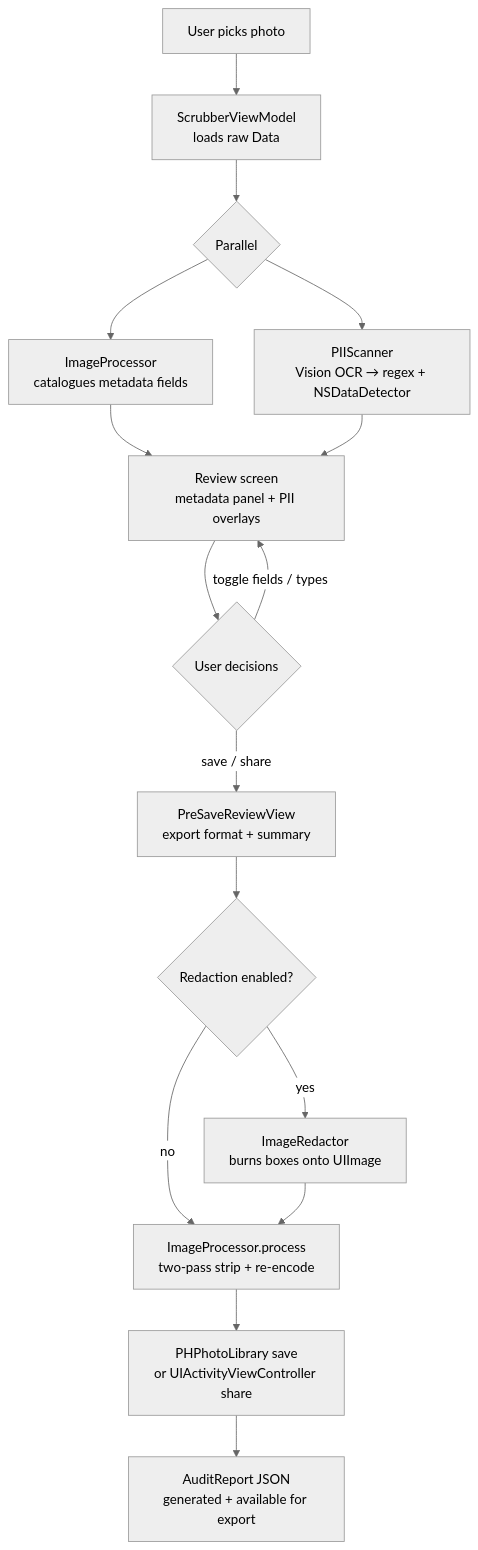
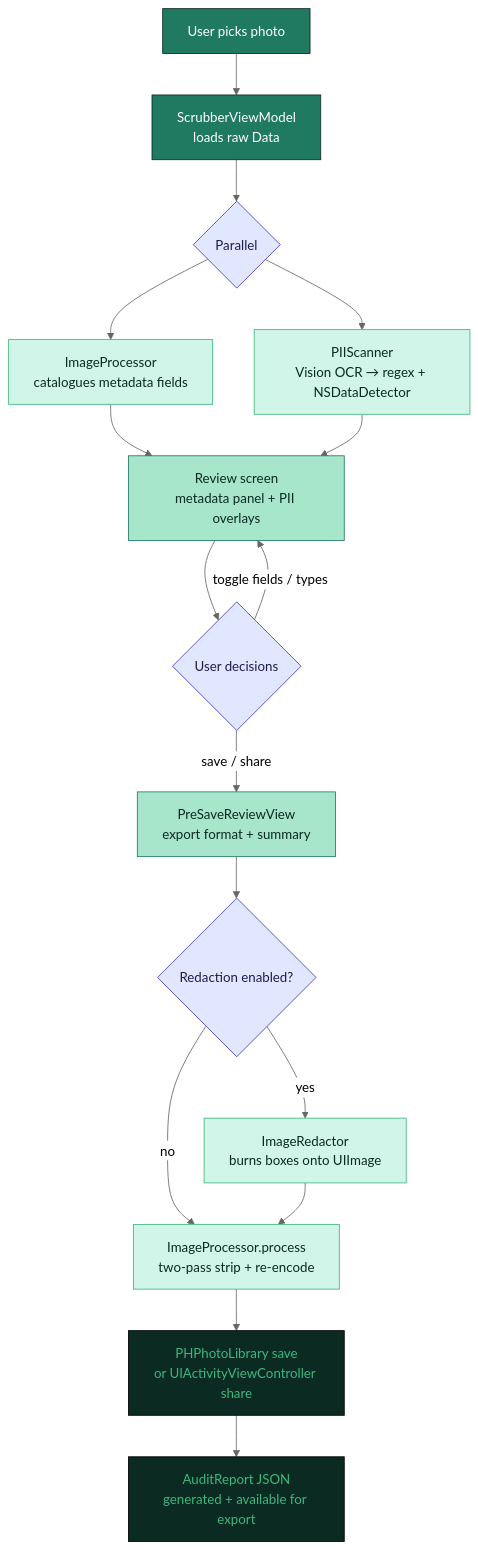
One commit to northcutted/picstrip changed the second of 3 diagrams in README.md. Above: the diagram before and after it, drawn with Mermaid (neutral theme). The commit also changed other lines of this file, not shown here.

Commit message:
docs: apply app brand palette to all Mermaid diagrams

````diff
--- a/README.md
+++ b/README.md
@@ -103,18 +113,30 @@
 ```mermaid
 flowchart TD
     A[User picks photo] --> B[ScrubberViewModel\nloads raw Data]
     B --> C{Parallel}
     C --> D[ImageProcessor\ncatalogues metadata fields]
     C --> E[PIIScanner\nVision OCR → regex + NSDataDetector]
     D --> F[Review screen\nmetadata panel + PII overlays]
     E --> F
     F --> G{User decisions}
     G -->|toggle fields / types| F
     G -->|save / share| H[PreSaveReviewView\nexport format + summary]
     H --> I{Redaction enabled?}
     I -->|yes| J[ImageRedactor\nburns boxes onto UIImage]
     I -->|no| K[ImageProcessor.process\ntwo-pass strip + re-encode]
     J --> K
     K --> L[PHPhotoLibrary save\nor UIActivityViewController share]
     L --> M[AuditReport JSON\ngenerated + available for export]
+
+    classDef input    fill:#1f7a61,stroke:#0a2a22,color:#ffffff
+    classDef process  fill:#d1f5e8,stroke:#3db87f,color:#0a2a22
+    classDef decision fill:#e0e7ff,stroke:#4338ca,color:#1e1b4b
+    classDef ui       fill:#a8e6cc,stroke:#1f7a61,color:#0a2a22
+    classDef output   fill:#0a2a22,stroke:#000000,color:#3db87f
+
+    class A,B input
+    class D,E,J,K process
+    class C,G,I decision
+    class F,H ui
+    class L,M output
 ```
````
